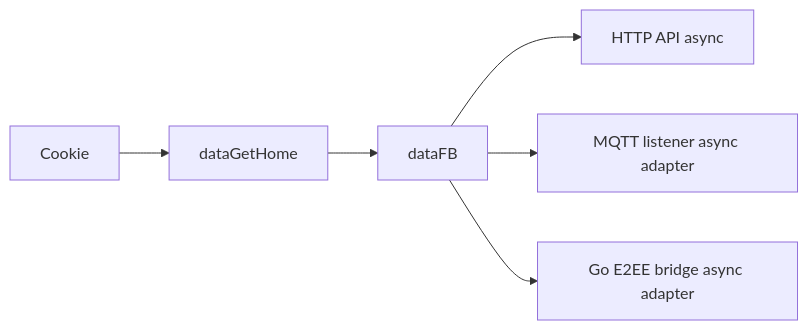
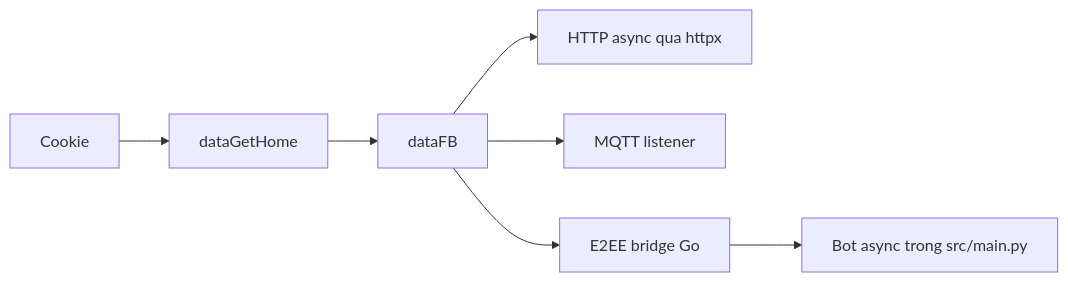
Before and after one commit to m008v/fbchat-v2: the first of 2 diagrams in README.md, drawn with Mermaid. The commit also changed other lines of this file, not shown here.

Commit message:
docs(readme): refresh async e2ee guide

````diff
--- a/README.md
+++ b/README.md
@@ -163,8 +97,9 @@
 ```mermaid
 flowchart LR
     A[Cookie] --> B[dataGetHome]
     B --> C[dataFB]
-    C --> D[HTTP API async]
-    C --> E[MQTT listener async adapter]
-    C --> F[Go E2EE bridge async adapter]
+    C --> D[HTTP async qua httpx]
+    C --> E[MQTT listener]
+    C --> F[E2EE bridge Go]
+    F --> G[Bot async trong src/main.py]
 ```
````
